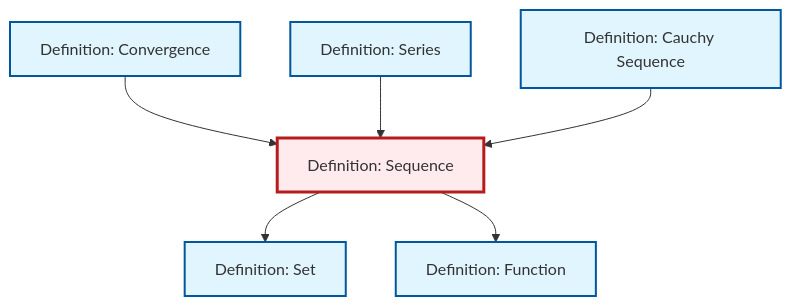
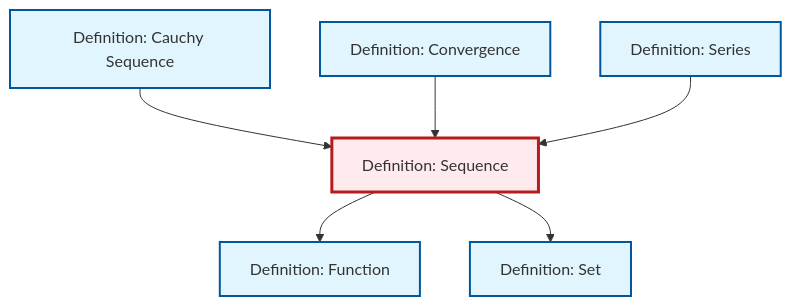
The diagram in content/en/analysis/def-sequence.qmd (RK0429/ModernMath), drawn with Mermaid before and after one commit. The commit also changed other lines of this file and 1069 other files, not shown here.

````diff
--- a/content/en/analysis/def-sequence.qmd
+++ b/content/en/analysis/def-sequence.qmd
@@ -76,26 +76,26 @@
 ```{mermaid}
 %%| fig-cap: "Local dependency graph"
 graph TD
     classDef definition fill:#e1f5fe,stroke:#01579b,stroke-width:2px
     classDef theorem fill:#f3e5f5,stroke:#4a148c,stroke-width:2px
     classDef axiom fill:#fff3e0,stroke:#e65100,stroke-width:2px
     classDef example fill:#e8f5e9,stroke:#1b5e20,stroke-width:2px
     classDef current fill:#ffebee,stroke:#b71c1c,stroke-width:3px
     def-set["Definition: Set"]:::definition
-    def-convergence["Definition: Convergence"]:::definition
     def-series["Definition: Series"]:::definition
-    def-cauchy-sequence["Definition: Cauchy Sequence"]:::definition
     def-function["Definition: Function"]:::definition
     def-sequence["Definition: Sequence"]:::definition
+    def-cauchy-sequence["Definition: Cauchy Sequence"]:::definition
+    def-convergence["Definition: Convergence"]:::definition
+    def-cauchy-sequence --> def-sequence
+    def-sequence --> def-function
+    def-convergence --> def-sequence
     def-sequence --> def-set
-    def-convergence --> def-sequence
     def-series --> def-sequence
-    def-sequence --> def-function
-    def-cauchy-sequence --> def-sequence
     class def-sequence current
     click def-set "def-set.html" "Go to Set definition"
+    click def-series "def-series.html" "Go to Series definition"
+    click def-function "def-function.html" "Go to Function definition"
+    click def-cauchy-sequence "def-cauchy-sequence.html" "Go to Cauchy Sequence definition"
     click def-convergence "def-convergence.html" "Go to Convergence definition"
-    click def-series "def-series.html" "Go to Series definition"
-    click def-cauchy-sequence "def-cauchy-sequence.html" "Go to Cauchy Sequence definition"
-    click def-function "def-function.html" "Go to Function definition"
 ```
````
